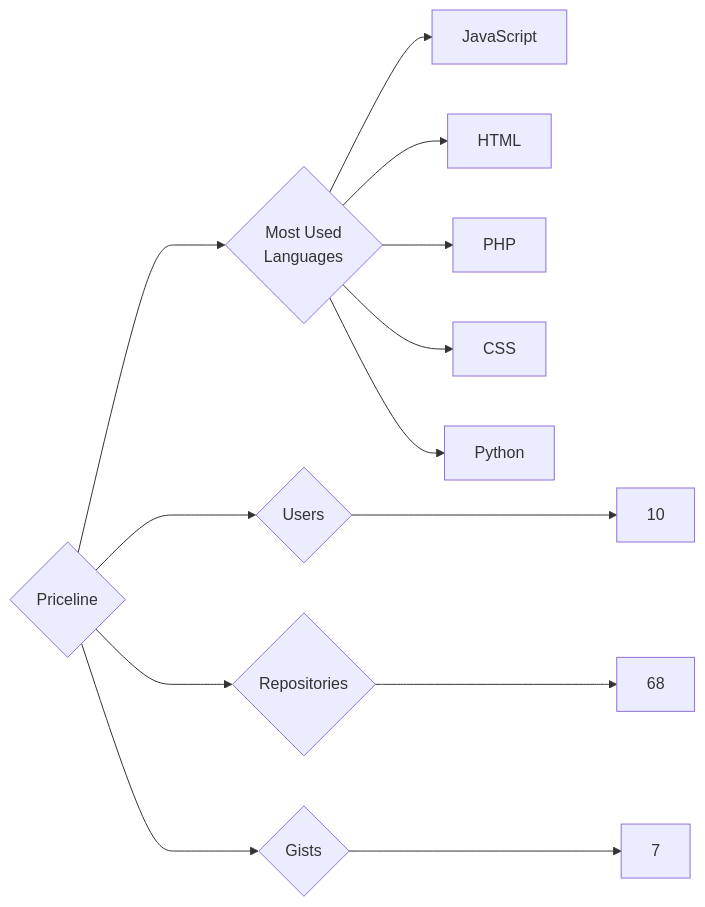
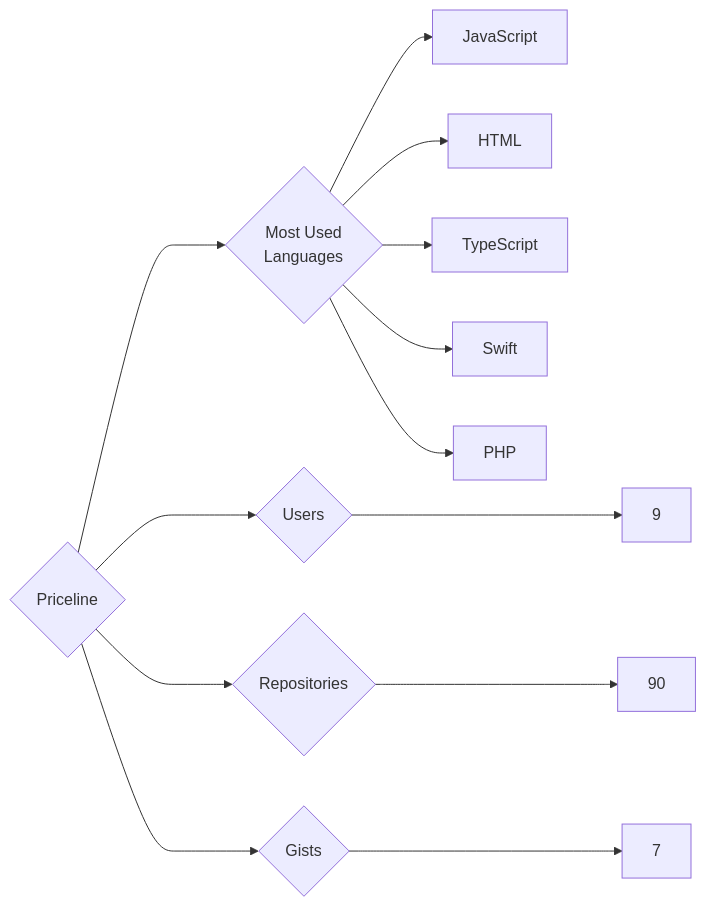
The diagram in targets/Priceline/README.md (trickest/insiders), drawn with Mermaid before and after one commit. The commit also changed 1248 other files, not shown here.

````diff
--- a/targets/Priceline/README.md
+++ b/targets/Priceline/README.md
@@ -3,13 +3,13 @@
 ```mermaid
 graph LR
 COMPANY_NAME{Priceline}
-COMPANY_NAME ---> U{Users} ---> UN[10]
-COMPANY_NAME ---> R{Repositories} ---> RN[68]
+COMPANY_NAME ---> U{Users} ---> UN[9]
+COMPANY_NAME ---> R{Repositories} ---> RN[90]
 COMPANY_NAME ---> G{Gists} ---> GN[7]
 COMPANY_NAME ---> ML{Most Used<br>Languages}
 ML --> JavaScript[JavaScript]
 ML --> HTML[HTML]
+ML --> TypeScript[TypeScript]
+ML --> Swift[Swift]
 ML --> PHP[PHP]
-ML --> CSS[CSS]
-ML --> Python[Python]
 ```
````
